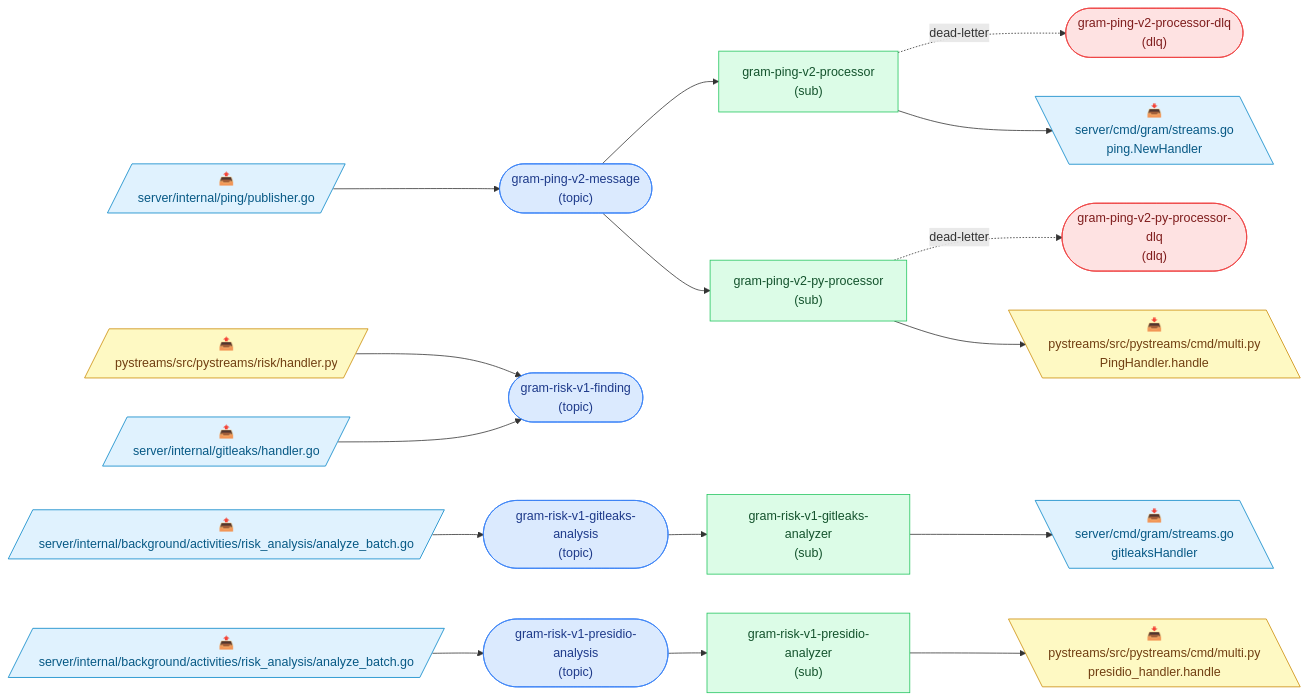
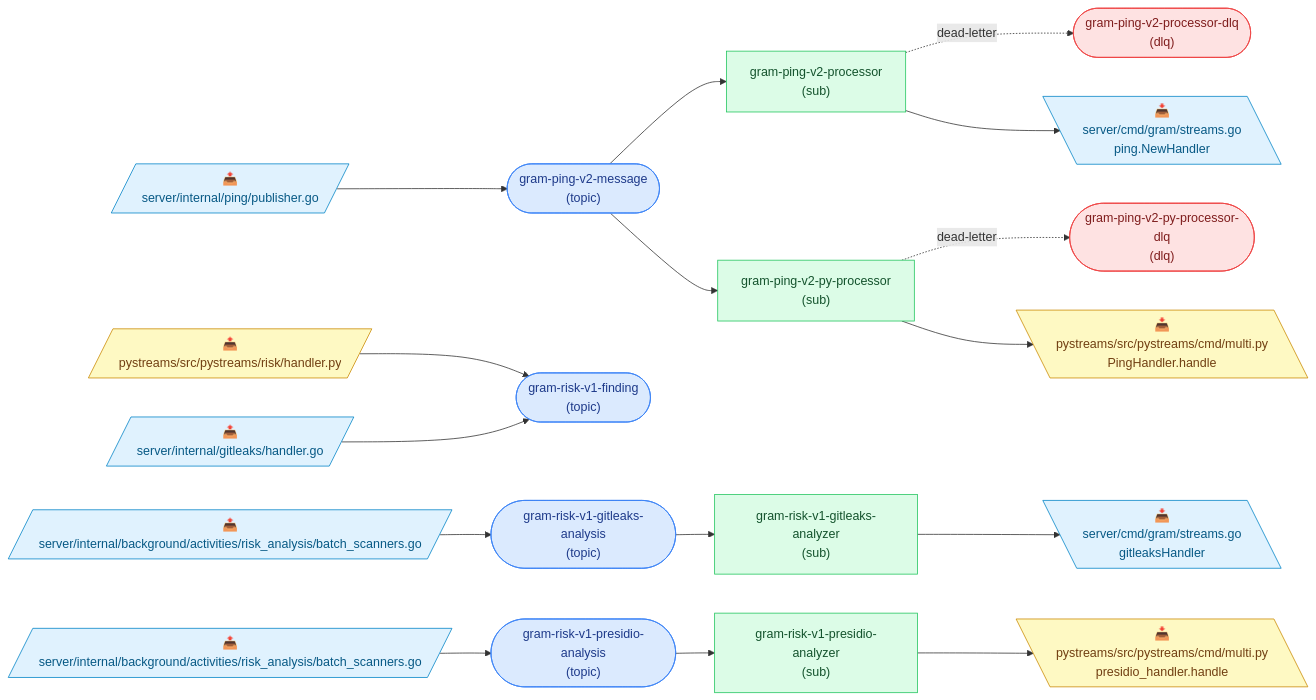
The diagram in docs/pubsub-topology.md (speakeasy-api/gram), drawn with Mermaid before and after one commit. The commit also changed other lines of this file and 7 other files, not shown here.

Commit message:
split risk analysis batch activity files

````diff
--- a/docs/pubsub-topology.md
+++ b/docs/pubsub-topology.md
@@ -9,45 +9,45 @@
 ```mermaid
 flowchart LR
   classDef topic fill:#dbeafe,stroke:#3b82f6,color:#1e3a8a;
   classDef dlq fill:#fee2e2,stroke:#ef4444,color:#7f1d1d;
   classDef sub fill:#dcfce7,stroke:#22c55e,color:#14532d;
   classDef go fill:#e0f2fe,stroke:#0284c7,color:#075985;
   classDef python fill:#fef9c3,stroke:#ca8a04,color:#713f12;
   classDef deprecated stroke-dasharray:4 3,opacity:0.55;
 
   t_gram_ping_v2_message(["gram-ping-v2-message<br/>(topic)"]):::topic
   t_gram_ping_v2_processor_dlq(["gram-ping-v2-processor-dlq<br/>(dlq)"]):::dlq
   t_gram_ping_v2_py_processor_dlq(["gram-ping-v2-py-processor-dlq<br/>(dlq)"]):::dlq
   t_gram_risk_v1_finding(["gram-risk-v1-finding<br/>(topic)"]):::topic
   t_gram_risk_v1_gitleaks_analysis(["gram-risk-v1-gitleaks-analysis<br/>(topic)"]):::topic
   t_gram_risk_v1_presidio_analysis(["gram-risk-v1-presidio-analysis<br/>(topic)"]):::topic
   s_gram_ping_v2_processor["gram-ping-v2-processor<br/>(sub)"]:::sub
   s_gram_ping_v2_py_processor["gram-ping-v2-py-processor<br/>(sub)"]:::sub
   s_gram_risk_v1_gitleaks_analyzer["gram-risk-v1-gitleaks-analyzer<br/>(sub)"]:::sub
   s_gram_risk_v1_presidio_analyzer["gram-risk-v1-presidio-analyzer<br/>(sub)"]:::sub
 
   p0[/"📤<br/>server/internal/ping/publisher.go"/]:::go
   p0 --> t_gram_ping_v2_message
   p1[/"📤<br/>pystreams/src/pystreams/risk/handler.py"/]:::python
   p1 --> t_gram_risk_v1_finding
   p2[/"📤<br/>server/internal/gitleaks/handler.go"/]:::go
   p2 --> t_gram_risk_v1_finding
-  p3[/"📤<br/>server/internal/background/activities/risk_analysis/analyze_batch.go"/]:::go
+  p3[/"📤<br/>server/internal/background/activities/risk_analysis/batch_scanners.go"/]:::go
   p3 --> t_gram_risk_v1_gitleaks_analysis
-  p4[/"📤<br/>server/internal/background/activities/risk_analysis/analyze_batch.go"/]:::go
+  p4[/"📤<br/>server/internal/background/activities/risk_analysis/batch_scanners.go"/]:::go
   p4 --> t_gram_risk_v1_presidio_analysis
   t_gram_ping_v2_message --> s_gram_ping_v2_processor
   s_gram_ping_v2_processor -. dead-letter .-> t_gram_ping_v2_processor_dlq
   t_gram_ping_v2_message --> s_gram_ping_v2_py_processor
   s_gram_ping_v2_py_processor -. dead-letter .-> t_gram_ping_v2_py_processor_dlq
   t_gram_risk_v1_gitleaks_analysis --> s_gram_risk_v1_gitleaks_analyzer
   t_gram_risk_v1_presidio_analysis --> s_gram_risk_v1_presidio_analyzer
   c5[\"📥<br/>server/cmd/gram/streams.go<br/>ping.NewHandler"\]:::go
   s_gram_ping_v2_processor --> c5
   c6[\"📥<br/>pystreams/src/pystreams/cmd/multi.py<br/>PingHandler.handle"\]:::python
   s_gram_ping_v2_py_processor --> c6
   c7[\"📥<br/>server/cmd/gram/streams.go<br/>gitleaksHandler"\]:::go
   s_gram_risk_v1_gitleaks_analyzer --> c7
   c8[\"📥<br/>pystreams/src/pystreams/cmd/multi.py<br/>presidio_handler.handle"\]:::python
   s_gram_risk_v1_presidio_analyzer --> c8
 ```
````
